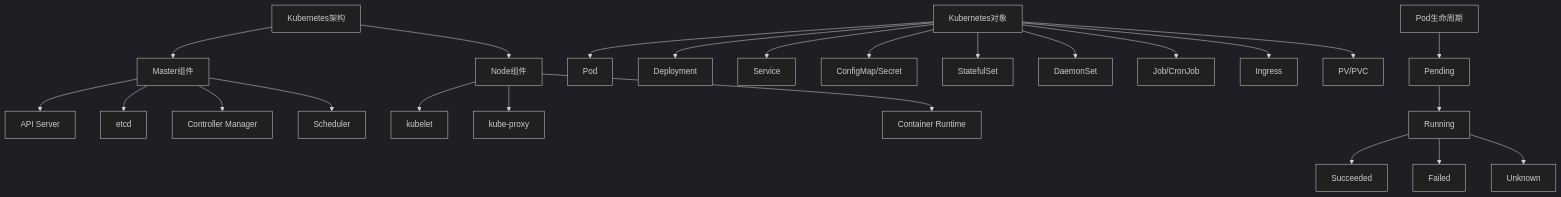
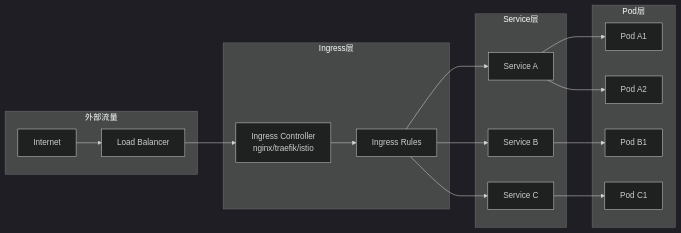
Before and after one commit to ralph-wren/TechStack-Handbook: diagram 13 of 23 in 9.k8s.md, drawn with Mermaid (dark theme). The commit also changed other lines of this file and 4 other files, not shown here.

````diff
--- a/9.k8s.md
+++ b/9.k8s.md
@@ -41,30 +1069,36 @@
 ```mermaid
-graph TD
-    A[Kubernetes架构] --> B[Master组件]
-    A --> C[Node组件]
+graph LR
+    subgraph "外部流量"
+        A[Internet]
+        B[Load Balancer]
+    end
     
-    B --> B1[API Server]
-    B --> B2[etcd]
-    B --> B3[Controller Manager]
-    B --> B4[Scheduler]
+    subgraph "Ingress层"
+        C[Ingress Controller<br/>nginx/traefik/istio]
+        D[Ingress Rules]
+    end
     
-    C --> C1[kubelet]
-    C --> C2[kube-proxy]
-    C --> C3[Container Runtime]
+    subgraph "Service层"
+        E[Service A]
+        F[Service B]
+        G[Service C]
+    end
     
-    D[Kubernetes对象] --> D1[Pod]
-    D --> D2[Deployment]
-    D --> D3[Service]
-    D --> D4[ConfigMap/Secret]
-    D --> D5[StatefulSet]
-    D --> D6[DaemonSet]
-    D --> D7[Job/CronJob]
-    D --> D8[Ingress]
-    D --> D9[PV/PVC]
+    subgraph "Pod层"
+        H[Pod A1]
+        I[Pod A2]
+        J[Pod B1]
+        K[Pod C1]
+    end
     
-    E[Pod生命周期] --> E1[Pending]
-    E1 --> E2[Running]
-    E2 --> E3[Succeeded]
-    E2 --> E4[Failed]
-    E2 --> E5[Unknown]
+    A --> B
+    B --> C
+    C --> D
+    D --> E
+    D --> F
+    D --> G
+    E --> H
+    E --> I
+    F --> J
+    G --> K
 ```
````
